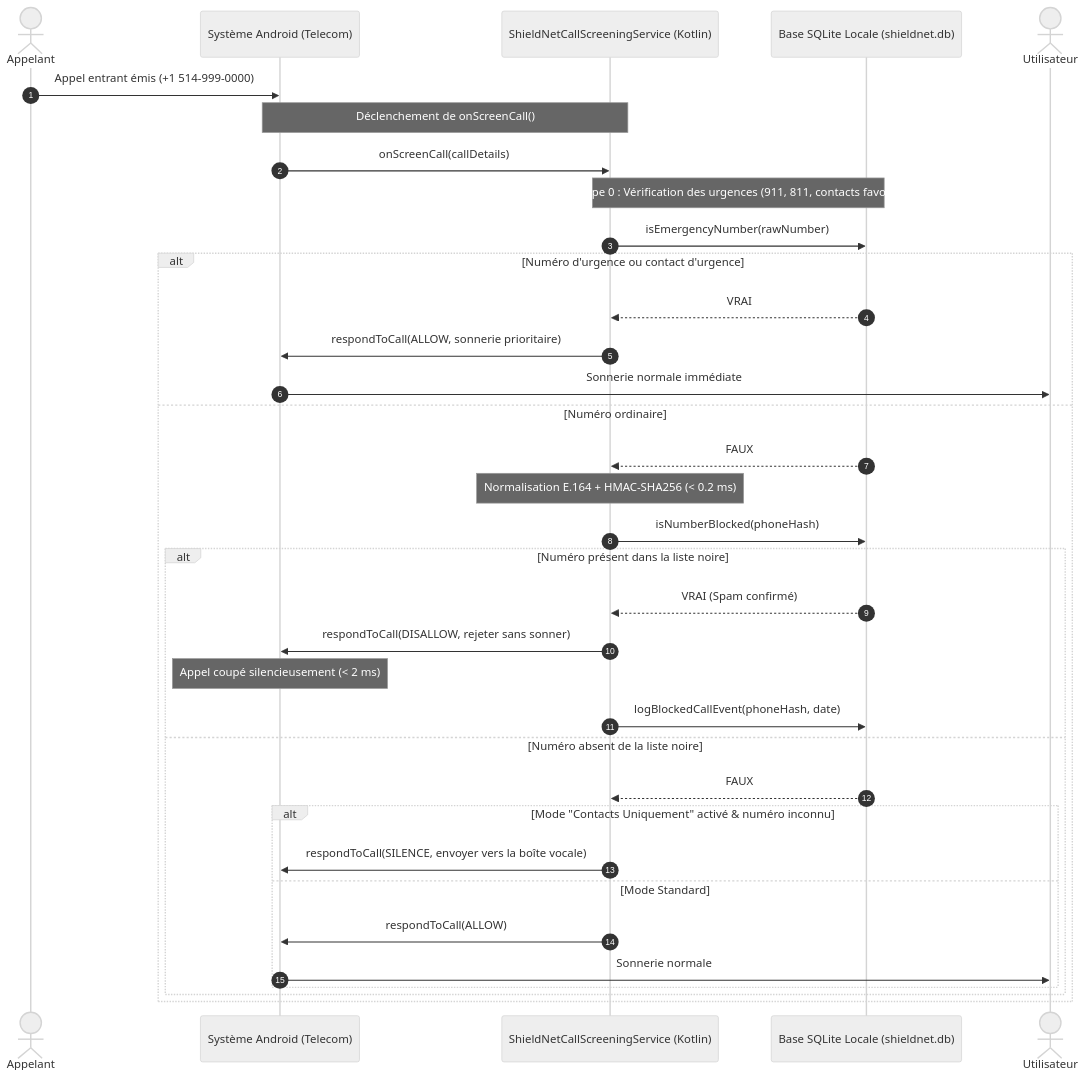
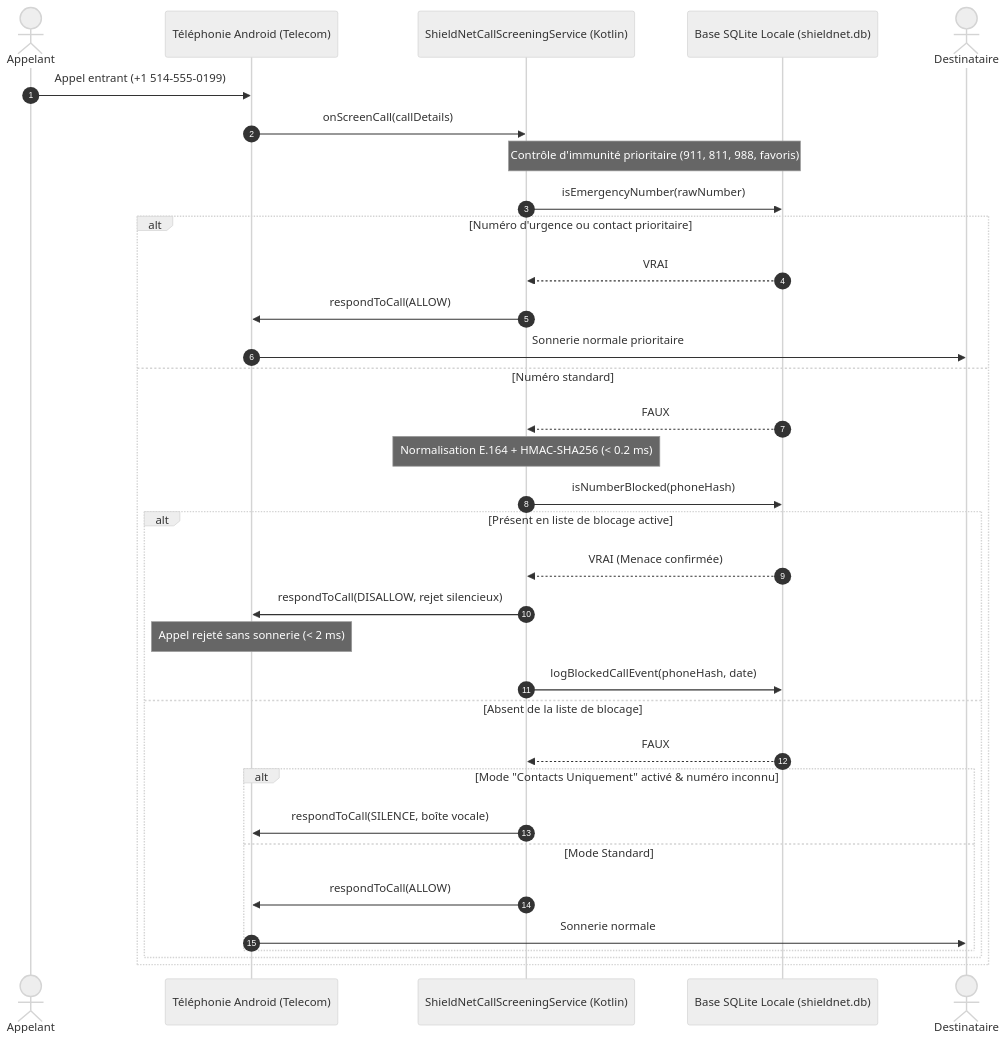
The fourth of 7 diagrams in docs/ARCHITECTURE_ET_CONCEPTION.md (fadelilyas01/Projet-Synth-se), drawn with Mermaid (neutral theme) before and after one commit. The commit also changed other lines of this file and 13 other files, not shown here.

````diff
--- a/docs/ARCHITECTURE_ET_CONCEPTION.md
+++ b/docs/ARCHITECTURE_ET_CONCEPTION.md
@@ -254,44 +250,43 @@
 ```mermaid
 sequenceDiagram
     autonumber
     actor Appelant as Appelant
-    participant AndroidOS as Système Android (Telecom)
+    participant AndroidOS as Téléphonie Android (Telecom)
     participant NativeService as ShieldNetCallScreeningService (Kotlin)
     participant NativeDB as Base SQLite Locale (shieldnet.db)
-    actor Utilisateur as Utilisateur
+    actor Utilisateur as Destinataire
 
-    Appelant->>AndroidOS: Appel entrant émis (+1 514-999-0000)
-    Note over AndroidOS,NativeService: Déclenchement de onScreenCall()
+    Appelant->>AndroidOS: Appel entrant (+1 514-555-0199)
     AndroidOS->>NativeService: onScreenCall(callDetails)
     
-    %% Étape 0 : Contrôle d'urgence immédiat
-    Note over NativeService,NativeDB: Étape 0 : Vérification des urgences (911, 811, contacts favoris)
+    %% Étape 0 : Contrôle d'urgence prioritaire
+    Note over NativeService,NativeDB: Contrôle d'immunité prioritaire (911, 811, 988, favoris)
     NativeService->>NativeDB: isEmergencyNumber(rawNumber)
-    alt Numéro d'urgence ou contact d'urgence
+    alt Numéro d'urgence ou contact prioritaire
         NativeDB-->>NativeService: VRAI
-        NativeService->>AndroidOS: respondToCall(ALLOW, sonnerie prioritaire)
-        AndroidOS->>Utilisateur: Sonnerie normale immédiate
-    else Numéro ordinaire
+        NativeService->>AndroidOS: respondToCall(ALLOW)
+        AndroidOS->>Utilisateur: Sonnerie normale prioritaire
+    else Numéro standard
         NativeDB-->>NativeService: FAUX
         
-        %% Étape 1 : Hachage et vérification de la liste noire
+        %% Étape 1 : Normalisation & Hachage
         Note over NativeService: Normalisation E.164 + HMAC-SHA256 (< 0.2 ms)
         NativeService->>NativeDB: isNumberBlocked(phoneHash)
         
-        alt Numéro présent dans la liste noire
-            NativeDB-->>NativeService: VRAI (Spam confirmé)
-            NativeService->>AndroidOS: respondToCall(DISALLOW, rejeter sans sonner)
-            Note over AndroidOS: Appel coupé silencieusement (< 2 ms)
+        alt Présent en liste de blocage active
+            NativeDB-->>NativeService: VRAI (Menace confirmée)
+            NativeService->>AndroidOS: respondToCall(DISALLOW, rejet silencieux)
+            Note over AndroidOS: Appel rejeté sans sonnerie (< 2 ms)
             NativeService->>NativeDB: logBlockedCallEvent(phoneHash, date)
-        else Numéro absent de la liste noire
+        else Absent de la liste de blocage
             NativeDB-->>NativeService: FAUX
             
             alt Mode "Contacts Uniquement" activé & numéro inconnu
-                NativeService->>AndroidOS: respondToCall(SILENCE, envoyer vers la boîte vocale)
+                NativeService->>AndroidOS: respondToCall(SILENCE, boîte vocale)
             else Mode Standard
                 NativeService->>AndroidOS: respondToCall(ALLOW)
                 AndroidOS->>Utilisateur: Sonnerie normale
             end
         end
     end
 ```
````
